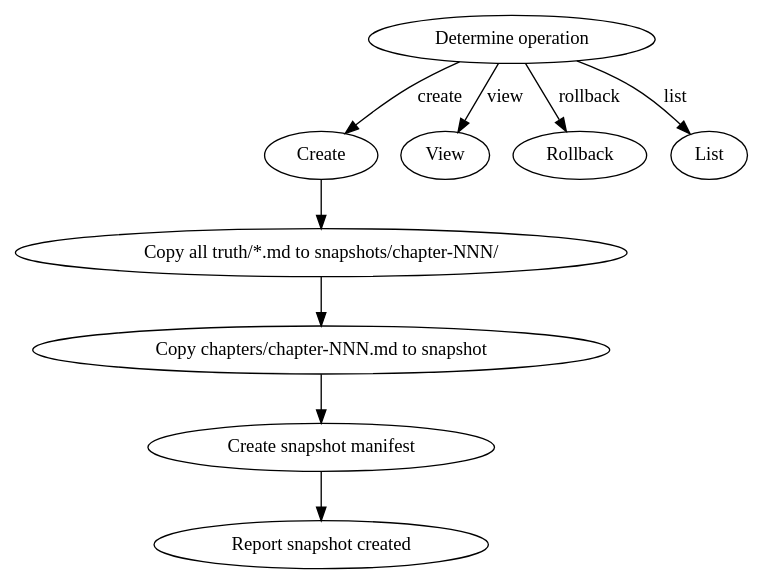
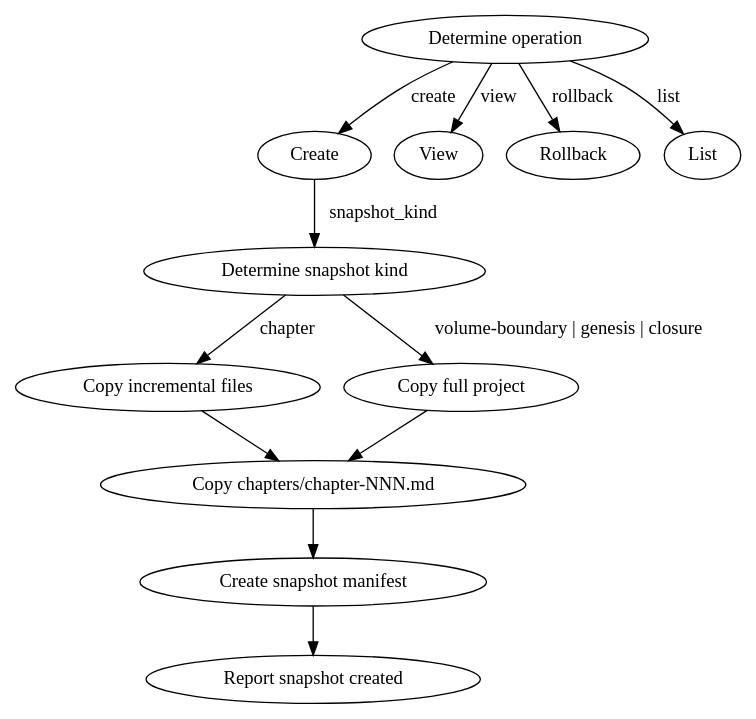
The diagram in skills/shenbi-snapshot-manage/SKILL.md (ThomasChangX/shenbi), drawn with Graphviz before and after one commit. The commit also changed other lines of this file and 76 other files, not shown here.

````diff
--- a/skills/shenbi-snapshot-manage/SKILL.md
+++ b/skills/shenbi-snapshot-manage/SKILL.md
@@ -36,12 +44,15 @@
 ```dot
 digraph snapshot_manage {
     "Determine operation" -> "Create" [label="create"];
     "Determine operation" -> "View" [label="view"];
     "Determine operation" -> "Rollback" [label="rollback"];
     "Determine operation" -> "List" [label="list"];
-    "Create" -> "Copy all truth/*.md to snapshots/chapter-NNN/";
-    "Copy all truth/*.md to snapshots/chapter-NNN/" -> "Copy chapters/chapter-NNN.md to snapshot";
-    "Copy chapters/chapter-NNN.md to snapshot" -> "Create snapshot manifest";
+    "Create" -> "Determine snapshot kind" [label="snapshot_kind"];
+    "Determine snapshot kind" -> "Copy incremental files" [label="chapter"];
+    "Determine snapshot kind" -> "Copy full project" [label="volume-boundary | genesis | closure"];
+    "Copy incremental files" -> "Copy chapters/chapter-NNN.md";
+    "Copy full project" -> "Copy chapters/chapter-NNN.md";
+    "Copy chapters/chapter-NNN.md" -> "Create snapshot manifest";
     "Create snapshot manifest" -> "Report snapshot created";
 }
 ```
````
